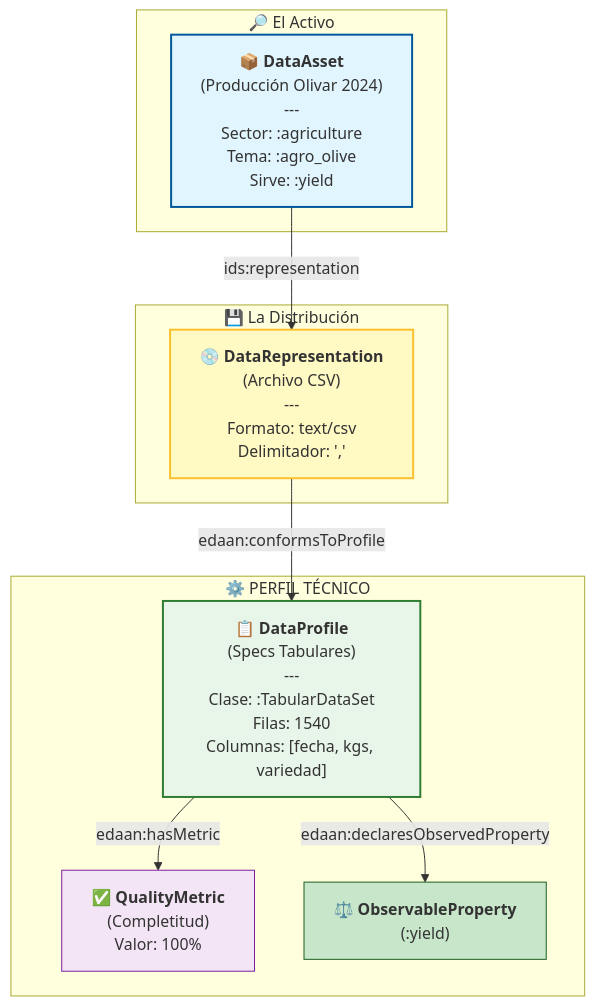
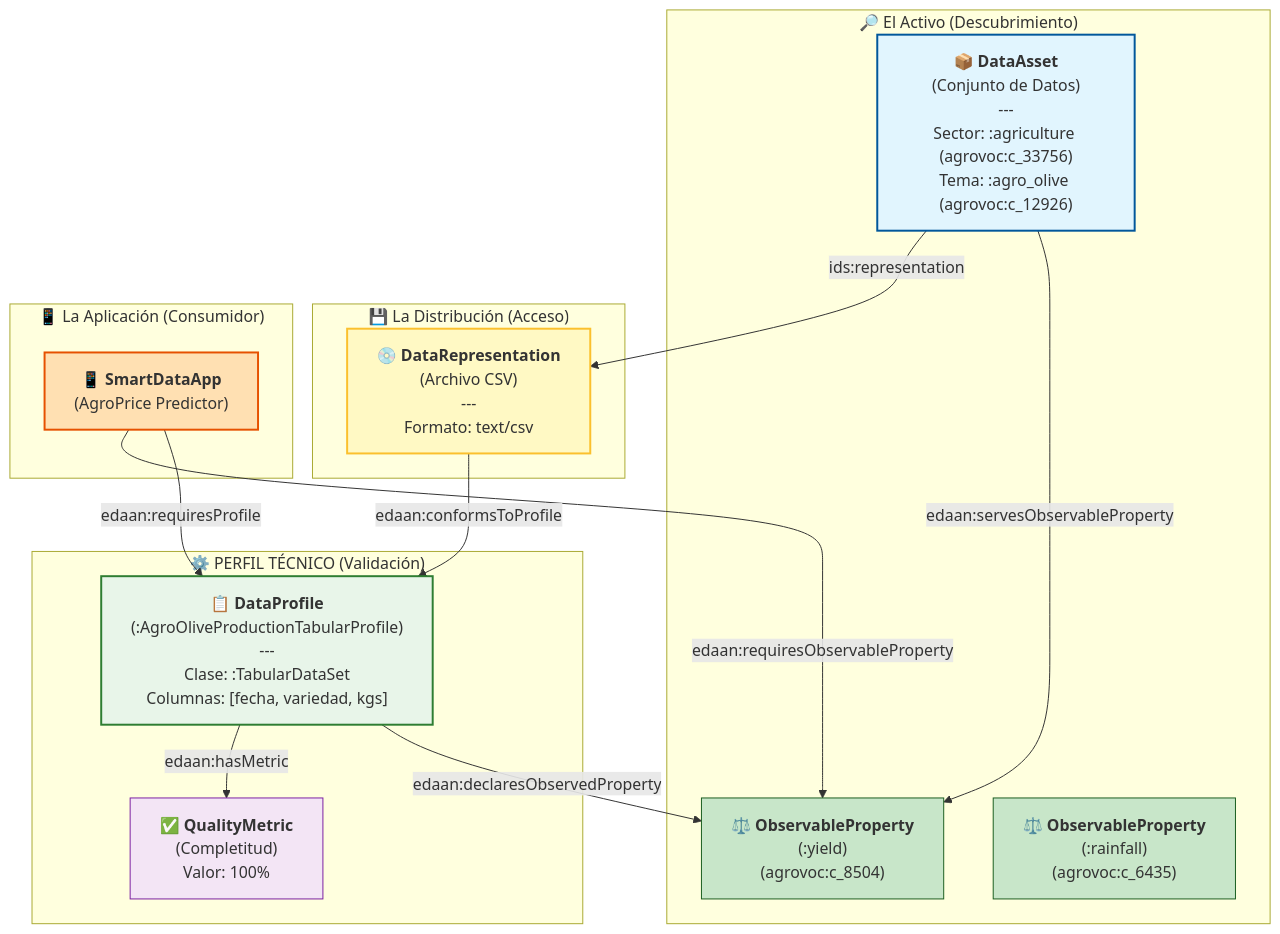
Before and after one commit to KhaosResearch/EDAAnOWL: the diagram in INTEGRATION_DEMO.md, drawn with Mermaid. The commit also changed other lines of this file, not shown here.

````diff
--- a/INTEGRATION_DEMO.md
+++ b/INTEGRATION_DEMO.md
@@ -21,31 +21,45 @@
 ```mermaid
 graph TD
     %% Subgraphs
-    subgraph "🔎 El Activo"
-        Asset["📦 <b>DataAsset</b><br/>(Producción Olivar 2024)<br/>---<br/>Sector: :agriculture<br/>Tema: :agro_olive<br/>Sirve: :yield"]
+    subgraph "🔎 El Activo (Descubrimiento)"
+        Resource["📦 <b>DataAsset</b><br/>(Conjunto de Datos)<br/>---<br/>Sector: :agriculture (agrovoc:c_33756)<br/>Tema: :agro_olive (agrovoc:c_12926)<br/>"]
+        
+        ObsProp1["⚖️ <b>ObservableProperty</b><br/>(:yield)<br/>(agrovoc:c_8504)"]
+        ObsProp2["⚖️ <b>ObservableProperty</b><br/>(:rainfall)<br/>(agrovoc:c_6435)"]
     end
 
-    subgraph "💾 La Distribución"
-        Dist["💿 <b>DataRepresentation</b><br/>(Archivo CSV)<br/>---<br/>Formato: text/csv<br/>Delimitador: ','"]
+    subgraph "💾 La Distribución (Acceso)"
+        Dist["💿 <b>DataRepresentation</b><br/>(Archivo CSV)<br/>---<br/>Formato: text/csv"]
     end
 
-    subgraph "⚙️ PERFIL TÉCNICO"
-        Profile["📋 <b>DataProfile</b><br/>(Specs Tabulares)<br/>---<br/>Clase: :TabularDataSet<br/>Filas: 1540<br/>Columnas: [fecha, kgs, variedad]"]
+    subgraph "⚙️ PERFIL TÉCNICO (Validación)"
+        Profile["📋 <b>DataProfile</b><br/>(:AgroOliveProductionTabularProfile)<br/>---<br/>Clase: :TabularDataSet<br/>Columnas: [fecha, variedad, kgs]<br/>"]
         
         Metric1["✅ <b>QualityMetric</b><br/>(Completitud)<br/>Valor: 100%"]
-        ObsProp["⚖️ <b>ObservableProperty</b><br/>(:yield)"]
+    end
+    
+    subgraph "📱 La Aplicación (Consumidor)"
+        App["📱 <b>SmartDataApp</b><br/>(AgroPrice Predictor)"]
     end
 
     %% Relationships
-    Asset -->|"ids:representation"| Dist
+    Resource -->|"ids:representation"| Dist
+    Resource -->|"edaan:servesObservableProperty"| ObsProp1
+    
     Dist -->|"edaan:conformsToProfile"| Profile
+    
     Profile -->|"edaan:hasMetric"| Metric1
-    Profile -->|"edaan:declaresObservedProperty"| ObsProp
+    Profile -->|"edaan:declaresObservedProperty"| ObsProp1
+    
+    App -->|"edaan:requiresObservableProperty"| ObsProp1
+    App -->|"edaan:requiresProfile"| Profile
 
     %% Styling
-    style Asset fill:#e1f5fe,stroke:#01579b,stroke-width:2px
+    style Resource fill:#e1f5fe,stroke:#01579b,stroke-width:2px
     style Dist fill:#fff9c4,stroke:#fbc02d,stroke-width:2px
     style Profile fill:#e8f5e9,stroke:#2e7d32,stroke-width:2px
     style Metric1 fill:#f3e5f5,stroke:#7b1fa2,stroke-width:1px
-    style ObsProp fill:#c8e6c9,stroke:#1b5e20,stroke-width:1px
+    style ObsProp1 fill:#c8e6c9,stroke:#1b5e20,stroke-width:1px
+    style ObsProp2 fill:#c8e6c9,stroke:#1b5e20,stroke-width:1px
+    style App fill:#ffe0b2,stroke:#e65100,stroke-width:2px
 ```
````
